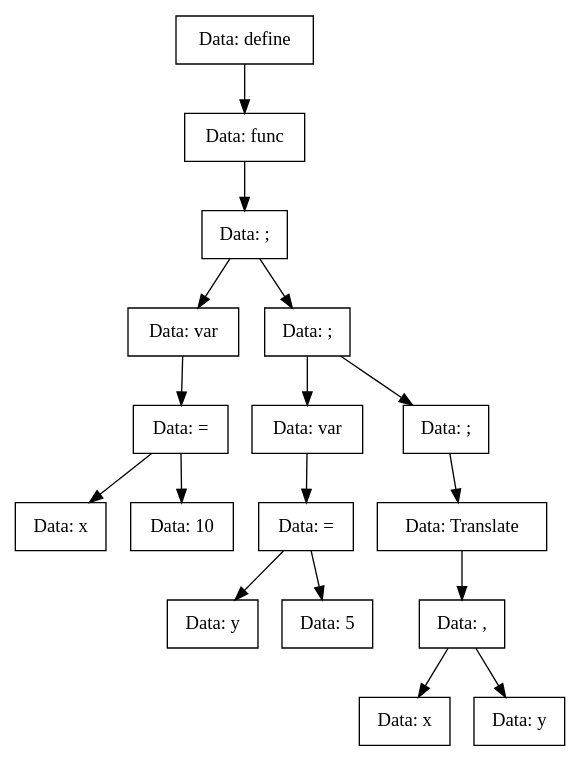
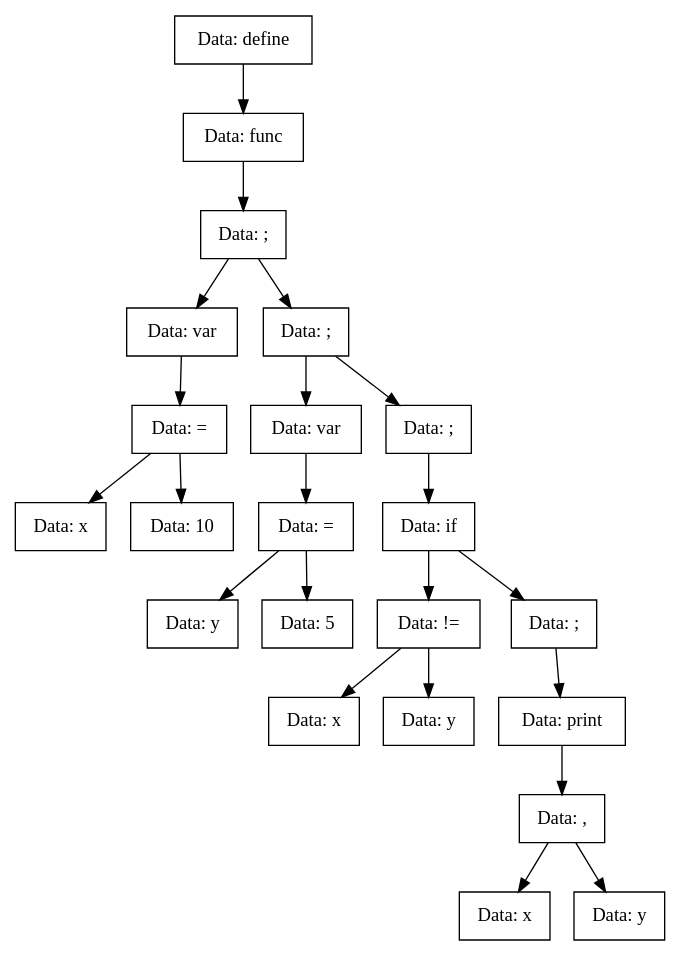
The diagram in TreeDump/func.dot (vorontsov-amd/Compiller), drawn with Graphviz before and after one commit. The commit also changed 16 other files, not shown here.

```diff
--- a/TreeDump/func.dot
+++ b/TreeDump/func.dot
@@ -1,35 +1,45 @@
 digraph func{
-Node0x5599159ef940[shape="record", label="Data: define"];
-Node0x5599159ef9e0[shape="record", label="Data: func"];
-Node0x5599159ef990[shape="record", label="Data: ;"];
-Node0x5599159ef760[shape="record", label="Data: var"];
-Node0x5599159ef7b0[shape="record", label="Data: ="];
-Node0x5599159ef850[shape="record", label="Data: x"];
-Node0x5599159ef7b0->Node0x5599159ef850;
-Node0x5599159ef800[shape="record", label="Data: 10"];
-Node0x5599159ef7b0->Node0x5599159ef800;
-Node0x5599159ef760->Node0x5599159ef7b0;
-Node0x5599159ef990->Node0x5599159ef760;
-Node0x5599159ef670[shape="record", label="Data: ;"];
-Node0x5599159efb70[shape="record", label="Data: var"];
-Node0x5599159efad0[shape="record", label="Data: ="];
-Node0x5599159efa80[shape="record", label="Data: y"];
-Node0x5599159efad0->Node0x5599159efa80;
-Node0x5599159efa30[shape="record", label="Data: 5"];
-Node0x5599159efad0->Node0x5599159efa30;
-Node0x5599159efb70->Node0x5599159efad0;
-Node0x5599159ef670->Node0x5599159efb70;
-Node0x5599159ef8a0[shape="record", label="Data: ;"];
-Node0x5599159ef710[shape="record", label="Data: Translate"];
-Node0x5599159ef6c0[shape="record", label="Data: ,"];
-Node0x5599159efb20[shape="record", label="Data: x"];
-Node0x5599159ef6c0->Node0x5599159efb20;
-Node0x5599159ef8f0[shape="record", label="Data: y"];
-Node0x5599159ef6c0->Node0x5599159ef8f0;
-Node0x5599159ef710->Node0x5599159ef6c0;
-Node0x5599159ef8a0->Node0x5599159ef710;
-Node0x5599159ef670->Node0x5599159ef8a0;
-Node0x5599159ef990->Node0x5599159ef670;
-Node0x5599159ef9e0->Node0x5599159ef990;
-Node0x5599159ef940->Node0x5599159ef9e0;
+Node0x55936338b710[shape="record", label="Data: define"];
+Node0x55936338b7b0[shape="record", label="Data: func"];
+Node0x55936338b760[shape="record", label="Data: ;"];
+Node0x55936338b530[shape="record", label="Data: var"];
+Node0x55936338b580[shape="record", label="Data: ="];
+Node0x55936338b620[shape="record", label="Data: x"];
+Node0x55936338b580->Node0x55936338b620;
+Node0x55936338b5d0[shape="record", label="Data: 10"];
+Node0x55936338b580->Node0x55936338b5d0;
+Node0x55936338b530->Node0x55936338b580;
+Node0x55936338b760->Node0x55936338b530;
+Node0x55936338b440[shape="record", label="Data: ;"];
+Node0x55936338b9e0[shape="record", label="Data: var"];
+Node0x55936338b990[shape="record", label="Data: ="];
+Node0x55936338b850[shape="record", label="Data: y"];
+Node0x55936338b990->Node0x55936338b850;
+Node0x55936338b800[shape="record", label="Data: 5"];
+Node0x55936338b990->Node0x55936338b800;
+Node0x55936338b9e0->Node0x55936338b990;
+Node0x55936338b440->Node0x55936338b9e0;
+Node0x55936338b670[shape="record", label="Data: ;"];
+Node0x55936338b4e0[shape="record", label="Data: if"];
+Node0x55936338b490[shape="record", label="Data: !="];
+Node0x55936338ba30[shape="record", label="Data: x"];
+Node0x55936338b490->Node0x55936338ba30;
+Node0x55936338b6c0[shape="record", label="Data: y"];
+Node0x55936338b490->Node0x55936338b6c0;
+Node0x55936338b4e0->Node0x55936338b490;
+Node0x55936338b8f0[shape="record", label="Data: ;"];
+Node0x55936338b940[shape="record", label="Data: print"];
+Node0x55936338b8a0[shape="record", label="Data: ,"];
+Node0x55936338ba80[shape="record", label="Data: x"];
+Node0x55936338b8a0->Node0x55936338ba80;
+Node0x55936338bad0[shape="record", label="Data: y"];
+Node0x55936338b8a0->Node0x55936338bad0;
+Node0x55936338b940->Node0x55936338b8a0;
+Node0x55936338b8f0->Node0x55936338b940;
+Node0x55936338b4e0->Node0x55936338b8f0;
+Node0x55936338b670->Node0x55936338b4e0;
+Node0x55936338b440->Node0x55936338b670;
+Node0x55936338b760->Node0x55936338b440;
+Node0x55936338b7b0->Node0x55936338b760;
+Node0x55936338b710->Node0x55936338b7b0;
 }
```
